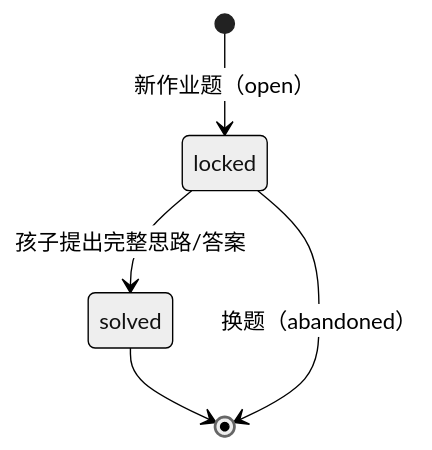
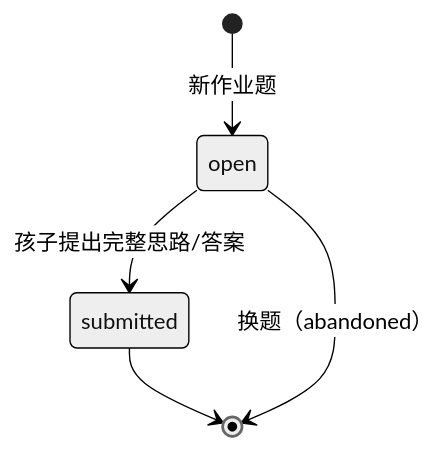
The fourth of 7 diagrams in docs/technical/domain-tutoring.md (johanchow/duxue), drawn with Mermaid (neutral theme) before and after one commit. The commit also changed other lines of this file and 26 other files, not shown here.

````diff
--- a/docs/technical/domain-tutoring.md
+++ b/docs/technical/domain-tutoring.md
@@ -202,7 +200,7 @@
 ```mermaid
 stateDiagram-v2
-    [*] --> locked: 新作业题（open）
-    locked --> solved: 孩子提出完整思路/答案
-    solved --> [*]
-    locked --> [*]: 换题（abandoned）
+    [*] --> open: 新作业题
+    open --> submitted: 孩子提出完整思路/答案
+    submitted --> [*]
+    open --> [*]: 换题（abandoned）
 ```
````
